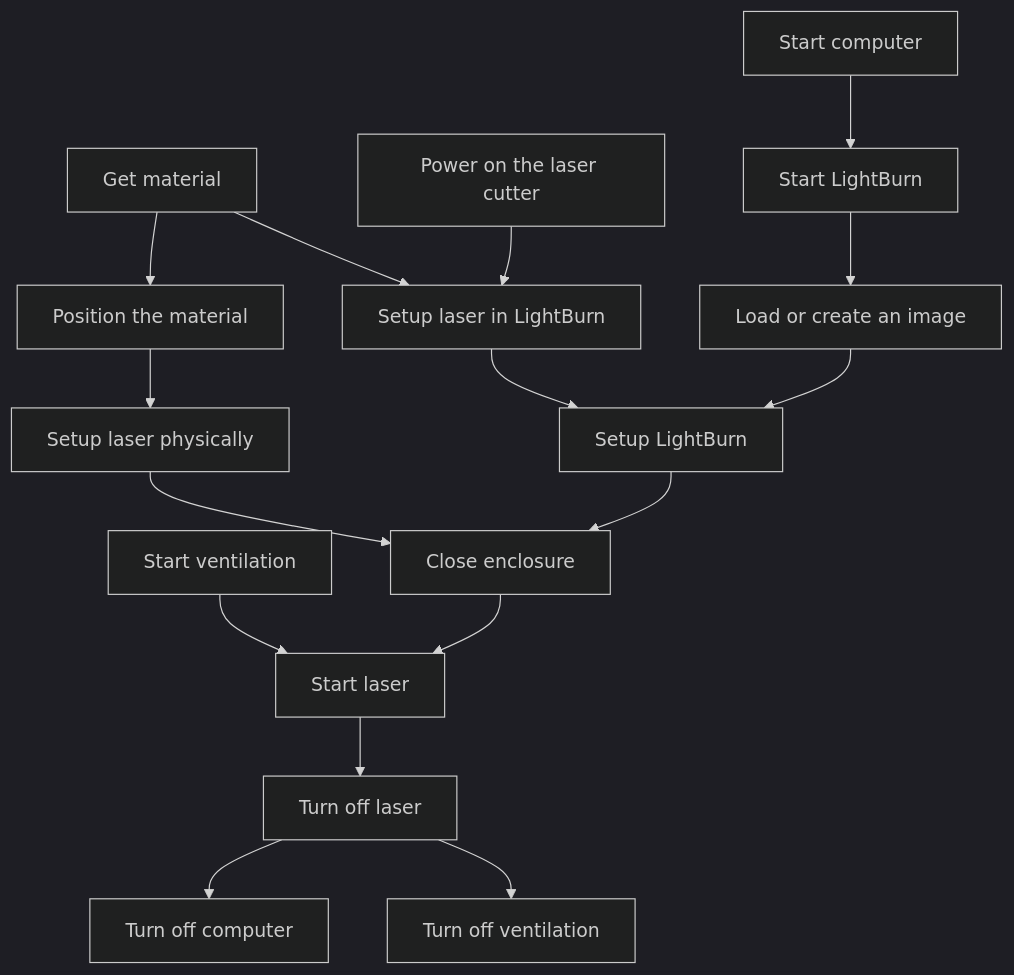
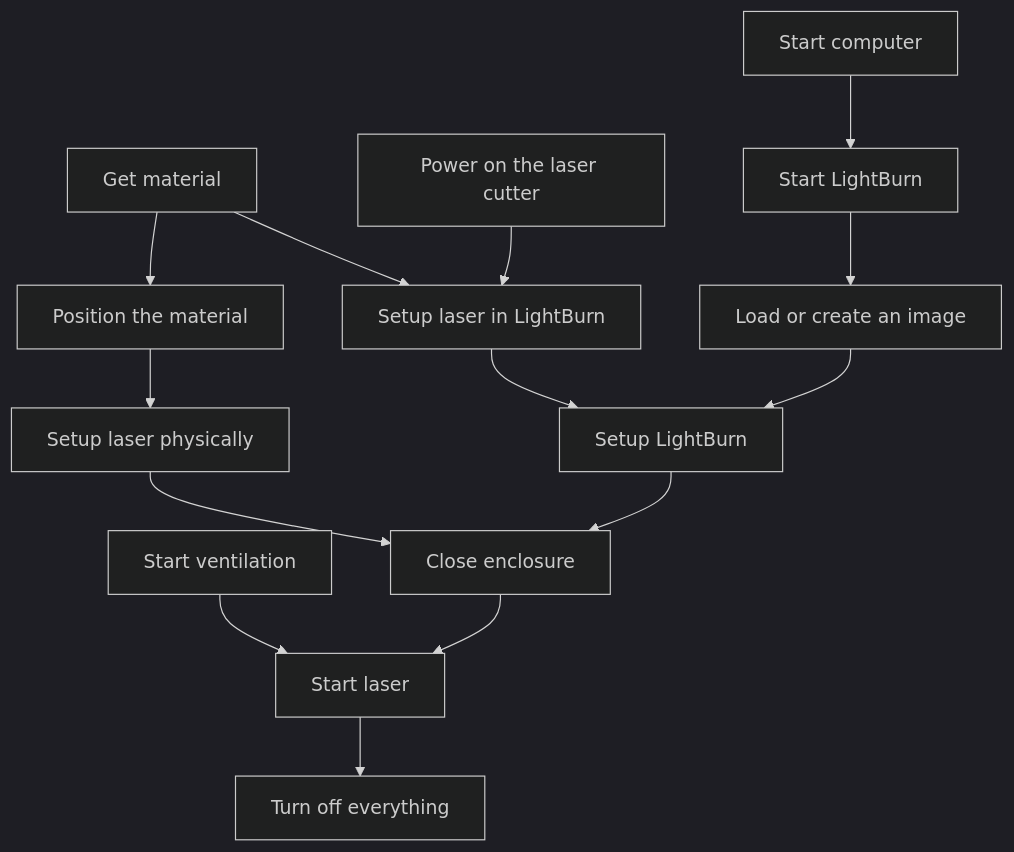
The diagram in docs/steps/README.md (uppsala-makerspace/laser_cutter_guide), drawn with Mermaid (dark theme) before and after one commit. The commit also changed other lines of this file, not shown here.

````diff
--- a/docs/steps/README.md
+++ b/docs/steps/README.md
@@ -13,34 +13,31 @@
 ```mermaid
 flowchart TD
   get_material[Get material]
   start_ventilation[Start ventilation]
   power_on_laser_cutter[Power on the laser cutter]
   start_computer[Start computer]
   start_lightburn[Start LightBurn]
   position_material[Position the material]
   setup_laser_physically[Setup laser physically]
   setup_laser_in_lightburn[Setup laser in LightBurn]
   load_image[Load or create an image]
   setup_lightburn[Setup LightBurn]
   close_enclosure[Close enclosure]
   start_laser[Start laser]
-  turn_off_laser[Turn off laser]
-  turn_off_computer[Turn off computer]
-  turn_off_ventilation[Turn off ventilation]
-    
+  turn_off_everything[Turn off everything]
+
   start_computer --> start_lightburn
   get_material --> position_material
   position_material --> setup_laser_physically
   power_on_laser_cutter --> setup_laser_in_lightburn
   get_material --> setup_laser_in_lightburn
   start_lightburn --> load_image
   setup_laser_in_lightburn --> setup_lightburn
   load_image --> setup_lightburn
   setup_laser_physically --> close_enclosure
   setup_lightburn --> close_enclosure
   start_ventilation --> start_laser
   close_enclosure --> start_laser
-  start_laser --> turn_off_laser
-  turn_off_laser --> turn_off_computer
-  turn_off_laser --> turn_off_ventilation 
+  start_laser --> turn_off_everything
+
 ```
````
